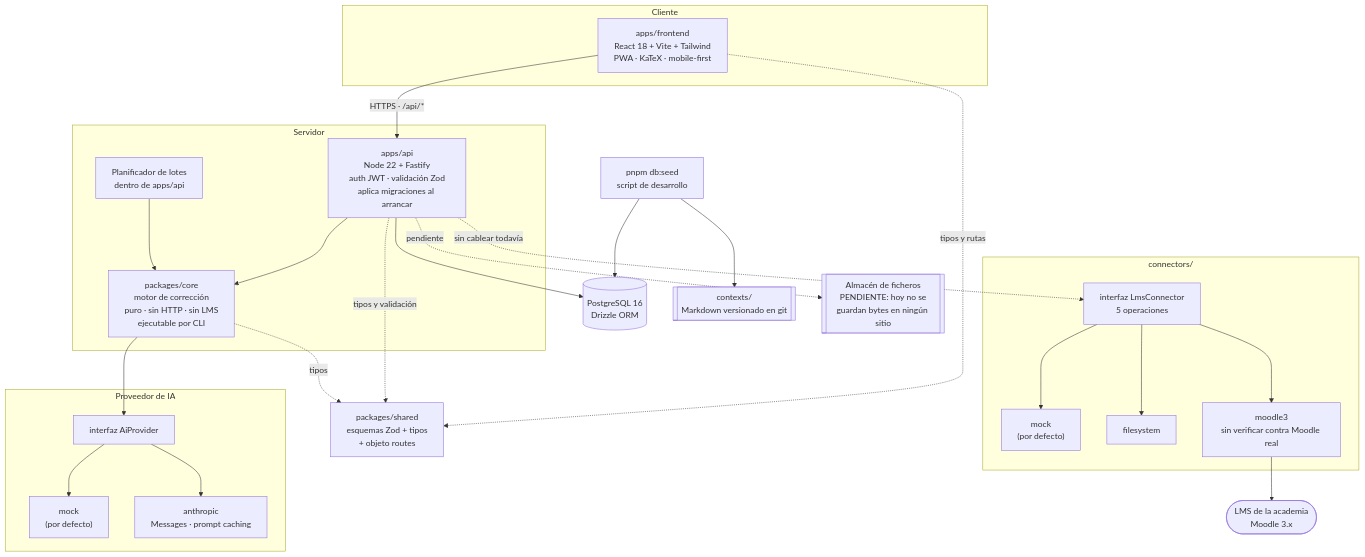
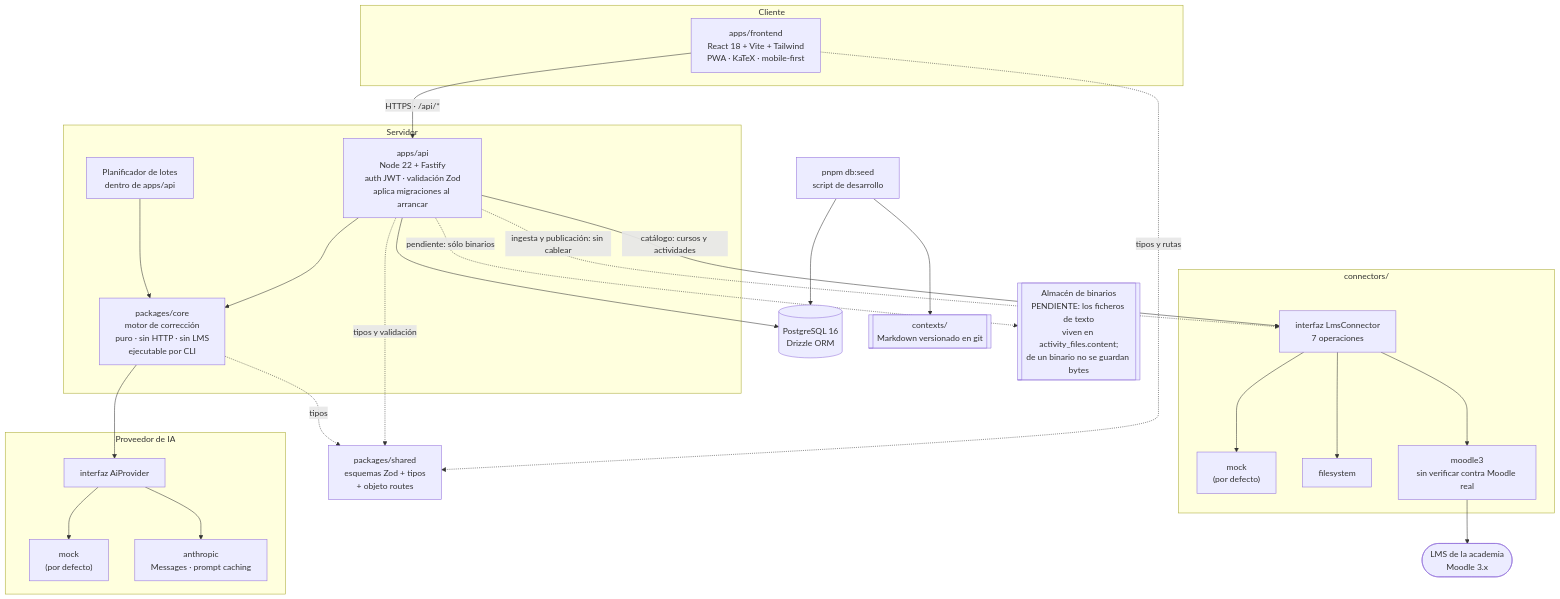
The first of 4 diagrams in docs/arquitectura.md (jamataran/vega), drawn with Mermaid before and after one commit. The commit also changed other lines of this file and 61 other files, not shown here.

````diff
--- a/docs/arquitectura.md
+++ b/docs/arquitectura.md
@@ -28,53 +28,54 @@
 ```mermaid
 graph TB
   subgraph cliente["Cliente"]
     PWA["apps/frontend<br/>React 18 + Vite + Tailwind<br/>PWA · KaTeX · mobile-first"]
   end
 
   subgraph servidor["Servidor"]
     API["apps/api<br/>Node 22 + Fastify<br/>auth JWT · validación Zod<br/>aplica migraciones al arrancar"]
     CORE["packages/core<br/>motor de corrección<br/>puro · sin HTTP · sin LMS<br/>ejecutable por CLI"]
     SCHED["Planificador de lotes<br/>dentro de apps/api"]
   end
 
   SHARED["packages/shared<br/>esquemas Zod + tipos<br/>+ objeto routes"]
 
   subgraph conectores["connectors/"]
-    LMSIF["interfaz LmsConnector<br/>5 operaciones"]
+    LMSIF["interfaz LmsConnector<br/>7 operaciones"]
     MOCK["mock<br/>(por defecto)"]
     FS["filesystem"]
     M3["moodle3<br/>sin verificar contra Moodle real"]
   end
 
   subgraph ia["Proveedor de IA"]
     AIIF["interfaz AiProvider"]
     AIMOCK["mock<br/>(por defecto)"]
     ANTH["anthropic<br/>Messages · prompt caching"]
   end
 
   DB[("PostgreSQL 16<br/>Drizzle ORM")]
   SEED["pnpm db:seed<br/>script de desarrollo"]
   CTX[["contexts/<br/>Markdown versionado en git"]]
-  FILES[["Almacén de ficheros<br/>PENDIENTE: hoy no se<br/>guardan bytes en ningún sitio"]]
+  FILES[["Almacén de binarios<br/>PENDIENTE: los ficheros de texto<br/>viven en activity_files.content;<br/>de un binario no se guardan bytes"]]
   LMS(["LMS de la academia<br/>Moodle 3.x"])
 
   PWA -->|"HTTPS · /api/*"| API
   PWA -.->|tipos y rutas| SHARED
   API -.->|tipos y validación| SHARED
   CORE -.->|tipos| SHARED
 
   API --> DB
   API --> CORE
   SCHED --> CORE
-  API -.->|pendiente| FILES
+  API -.->|"pendiente: sólo binarios"| FILES
   SEED --> CTX
   SEED --> DB
   CORE --> AIIF
   AIIF --> AIMOCK
   AIIF --> ANTH
-  API -.->|"sin cablear todavía"| LMSIF
+  API -->|"catálogo: cursos y actividades"| LMSIF
+  API -.->|"ingesta y publicación: sin cablear"| LMSIF
   LMSIF --> MOCK
   LMSIF --> FS
   LMSIF --> M3
   M3 --> LMS
 ```
````
